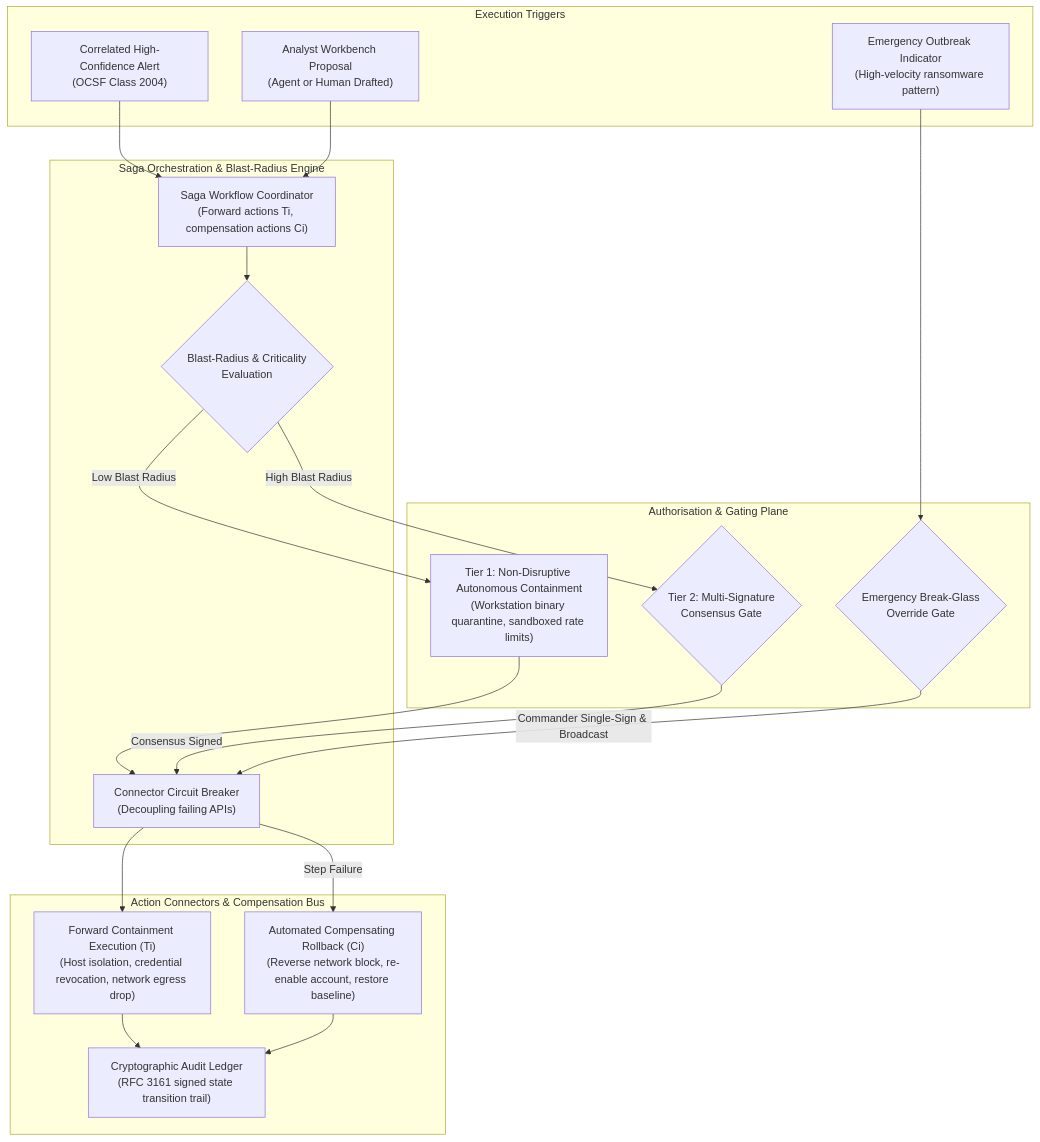
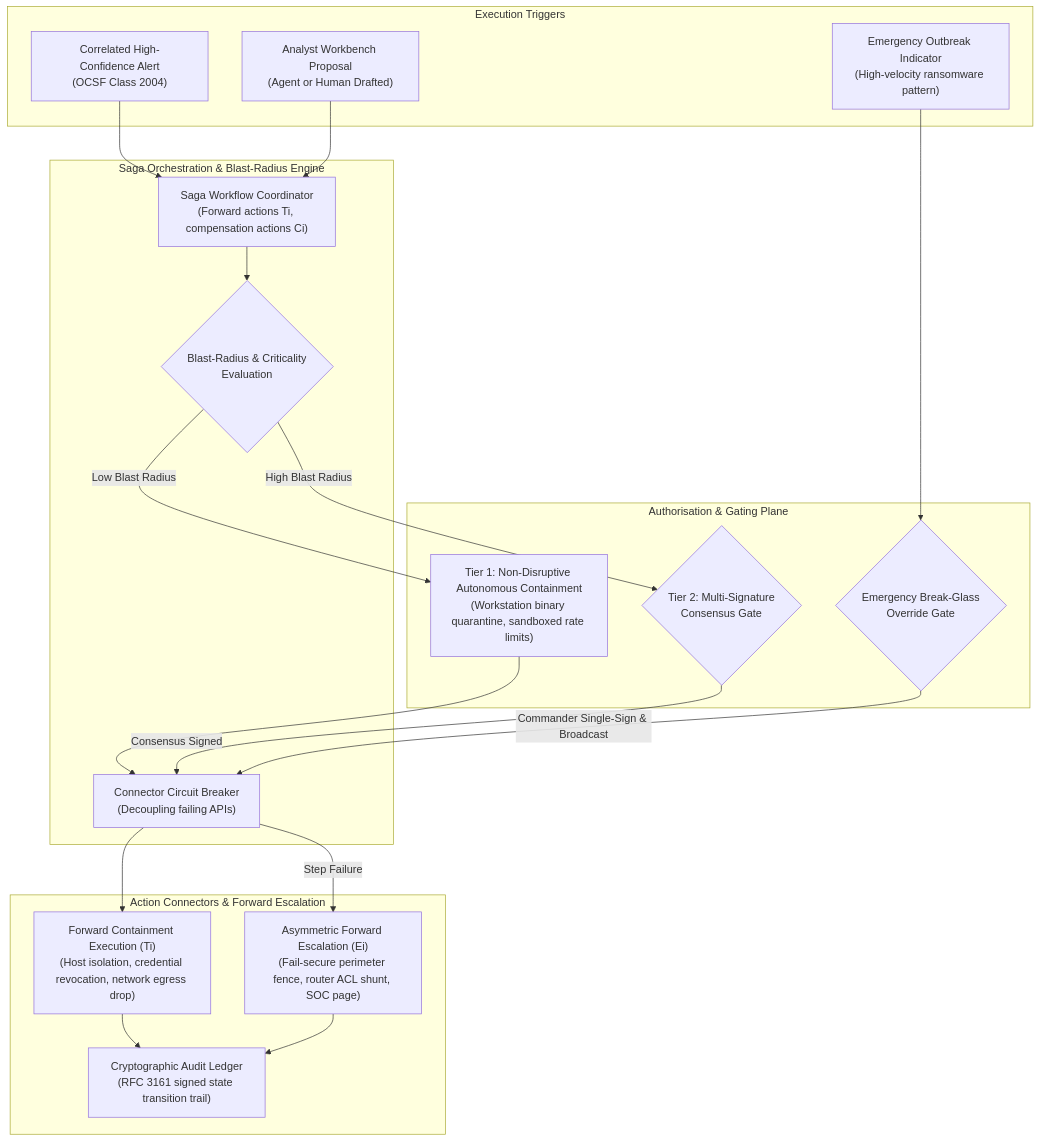
One commit to Haribu/TIDIR changed the diagram in docs/architecture/components/05-response-automation.md. Above: the diagram before and after it, drawn with Mermaid. The commit also changed other lines of this file and 20 other files, not shown here.

Commit message:
feat(architecture): launch readiness polish, ADR registry, and Green Team prevention loop

````diff
--- a/docs/architecture/components/05-response-automation.md
+++ b/docs/architecture/components/05-response-automation.md
@@ -7,40 +7,40 @@
 ```mermaid
 flowchart TB
   subgraph Triggers ["Execution Triggers"]
     T1["Correlated High-Confidence Alert\n(OCSF Class 2004)"]
     T2["Analyst Workbench Proposal\n(Agent or Human Drafted)"]
     T3["Emergency Outbreak Indicator\n(High-velocity ransomware pattern)"]
   end
 
   subgraph SagaEngine ["Saga Orchestration & Blast-Radius Engine"]
     SAGA["Saga Workflow Coordinator\n(Forward actions Ti, compensation actions Ci)"]
     EVAL{"Blast-Radius & Criticality\nEvaluation"}
     CIRCUIT["Connector Circuit Breaker\n(Decoupling failing APIs)"]
   end
 
   subgraph GatingPlane ["Authorisation & Gating Plane"]
     TIER1["Tier 1: Non-Disruptive Autonomous Containment\n(Workstation binary quarantine, sandboxed rate limits)"]
     TIER2_GATE{"Tier 2: Multi-Signature\nConsensus Gate"}
     BREAK_GLASS{"Emergency Break-Glass\nOverride Gate"}
   end
 
-  subgraph ActionExecution ["Action Connectors & Compensation Bus"]
+  subgraph ActionExecution ["Action Connectors & Forward Escalation"]
     FORWARD_EXEC["Forward Containment Execution (Ti)\n(Host isolation, credential revocation, network egress drop)"]
-    ROLLBACK_EXEC["Automated Compensating Rollback (Ci)\n(Reverse network block, re-enable account, restore baseline)"]
+    ESCALATE_EXEC["Asymmetric Forward Escalation (Ei)\n(Fail-secure perimeter fence, router ACL shunt, SOC page)"]
     AUDIT_LOG["Cryptographic Audit Ledger\n(RFC 3161 signed state transition trail)"]
   end
 
   T1 & T2 --> SAGA
   T3 --> BREAK_GLASS
 
   SAGA --> EVAL
   EVAL -->|Low Blast Radius| TIER1
   EVAL -->|High Blast Radius| TIER2_GATE
 
   TIER1 --> CIRCUIT --> FORWARD_EXEC
   TIER2_GATE -->|Consensus Signed| CIRCUIT
   BREAK_GLASS -->|Commander Single-Sign & Broadcast| CIRCUIT
 
-  CIRCUIT -->|Step Failure| ROLLBACK_EXEC
-  FORWARD_EXEC & ROLLBACK_EXEC --> AUDIT_LOG
+  CIRCUIT -->|Step Failure| ESCALATE_EXEC
+  FORWARD_EXEC & ESCALATE_EXEC --> AUDIT_LOG
 ```
````
